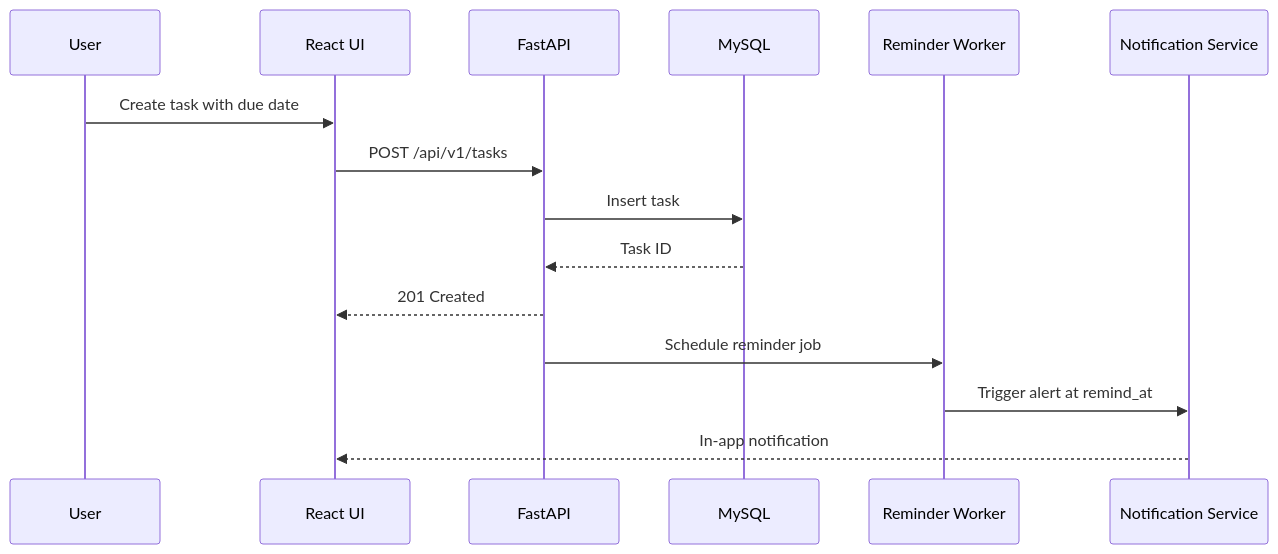
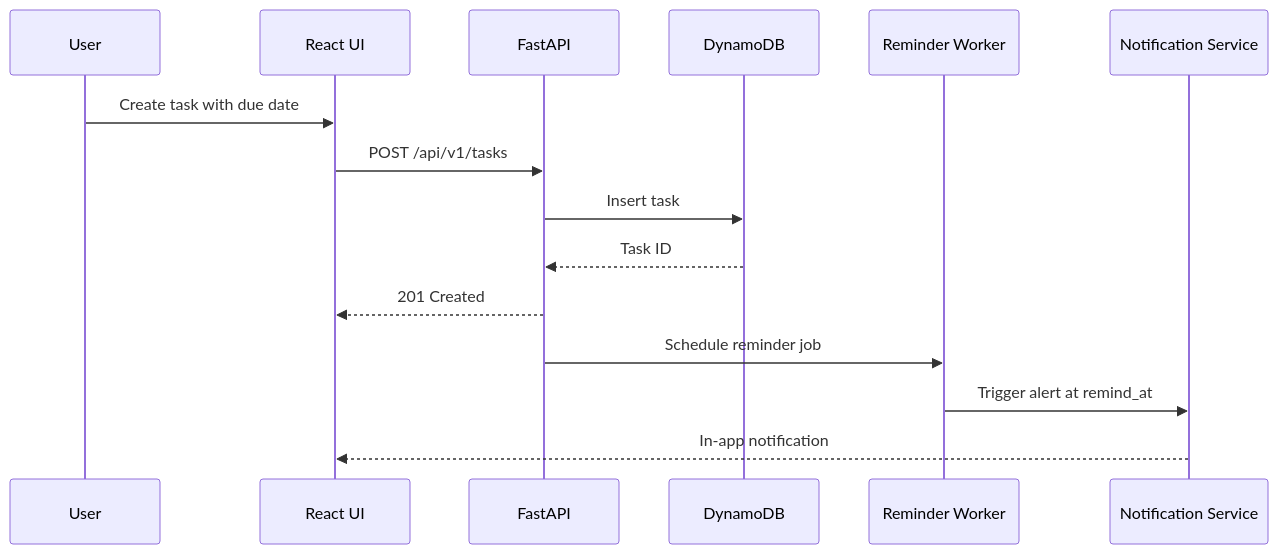
The third of 4 diagrams in docs/19-system-design.md (sayef-reyadh/smart-todo), drawn with Mermaid before and after one commit. The commit also changed other lines of this file and 9 other files, not shown here.

````diff
--- a/docs/19-system-design.md
+++ b/docs/19-system-design.md
@@ -59,18 +59,18 @@
 ```mermaid
 sequenceDiagram
   participant User
   participant UI as React UI
   participant API as FastAPI
-  participant DB as MySQL
+  participant DB as DynamoDB
   participant Worker as Reminder Worker
   participant Notif as Notification Service
 
   User->>UI: Create task with due date
   UI->>API: POST /api/v1/tasks
   API->>DB: Insert task
   DB-->>API: Task ID
   API-->>UI: 201 Created
   API->>Worker: Schedule reminder job
   Worker->>Notif: Trigger alert at remind_at
   Notif-->>UI: In-app notification
 ```
````
